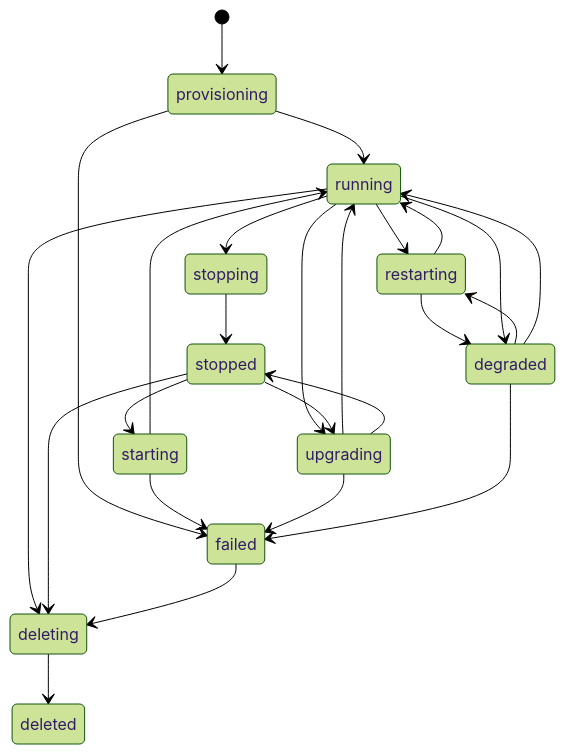
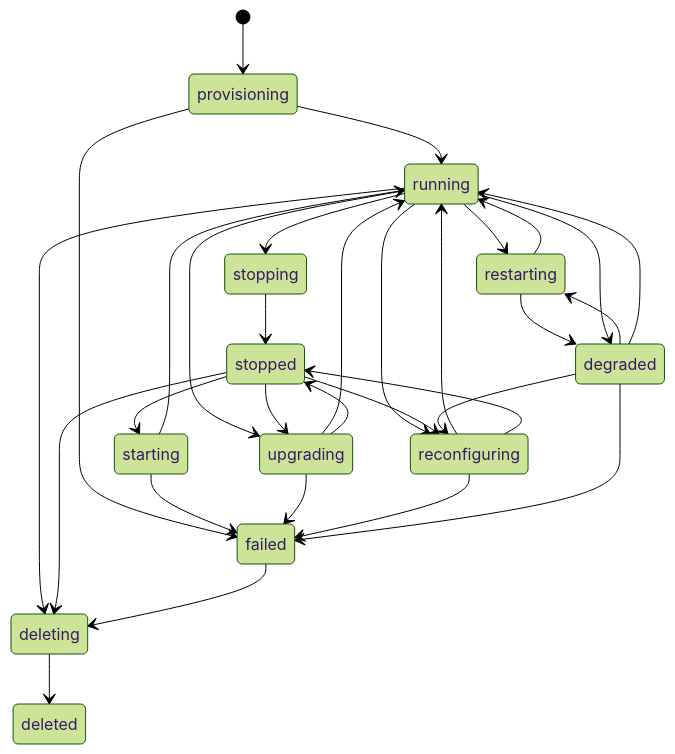
Before and after one commit to Arlowen/db-mock: the third of 3 diagrams in docs/architecture.md, drawn with Mermaid (forest theme). The commit also changed other lines of this file and 24 other files, not shown here.

````diff
--- a/docs/architecture.md
+++ b/docs/architecture.md
@@ -89,27 +89,33 @@
 ```mermaid
 stateDiagram-v2
     [*] --> provisioning
     provisioning --> running
     provisioning --> failed
     running --> stopping
     stopping --> stopped
     stopped --> starting
     starting --> running
     starting --> failed
     running --> restarting
     degraded --> restarting
     restarting --> running
     restarting --> degraded
     running --> upgrading
     stopped --> upgrading
     upgrading --> running
     upgrading --> stopped
     upgrading --> failed
+    running --> reconfiguring
+    stopped --> reconfiguring
+    degraded --> reconfiguring
+    reconfiguring --> running
+    reconfiguring --> stopped
+    reconfiguring --> failed
     running --> degraded
     degraded --> running
     degraded --> failed
     running --> deleting
     stopped --> deleting
     failed --> deleting
     deleting --> deleted
 ```
````
